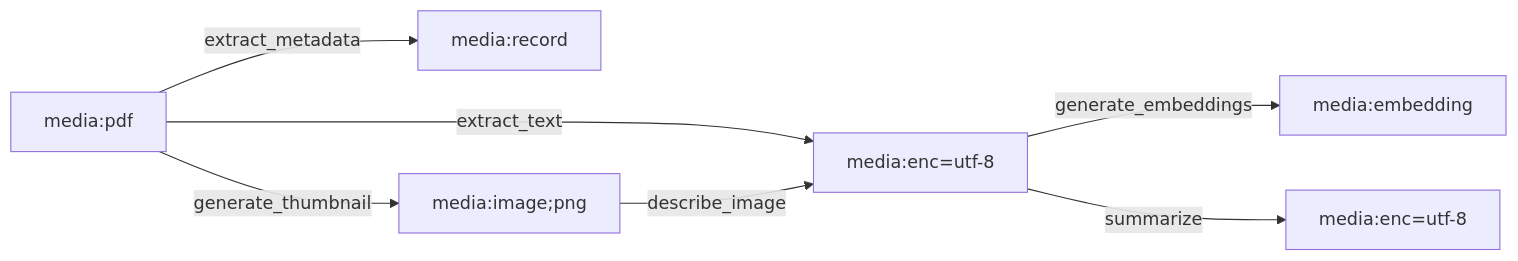
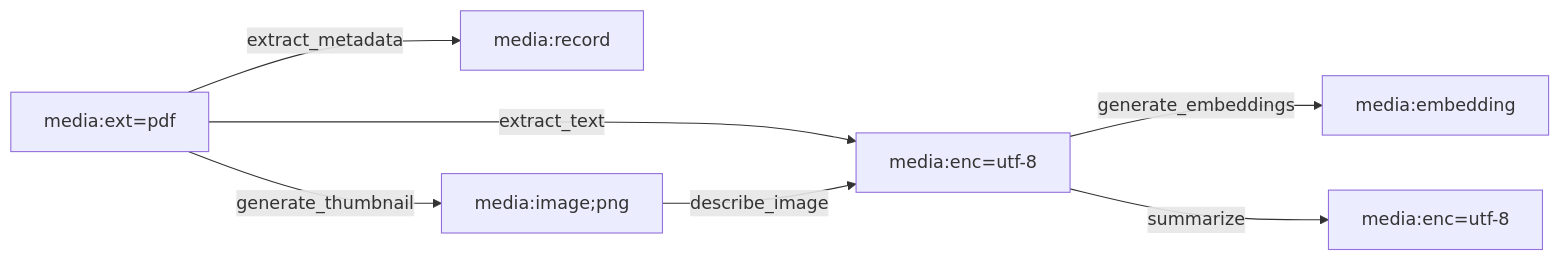
Before and after one commit to machinefabric/capdag: the first of 3 diagrams in docs/15.4-planner.md, drawn with Mermaid. The commit also changed other lines of this file and 45 other files, not shown here.

````diff
--- a/docs/15.4-planner.md
+++ b/docs/15.4-planner.md
@@ -20,9 +20,9 @@
 ```mermaid
 graph LR
-    PDF["media:pdf"] -->|extract_metadata| REC["media:record"]
+    PDF["media:ext=pdf"] -->|extract_metadata| REC["media:record"]
     PDF -->|generate_thumbnail| IMG["media:image;png"]
     PDF -->|extract_text| TXT["media:enc=utf-8"]
     TXT -->|generate_embeddings| EMB["media:embedding"]
     TXT -->|summarize| TXT2["media:enc=utf-8"]
     IMG -->|describe_image| TXT
 ```
````
